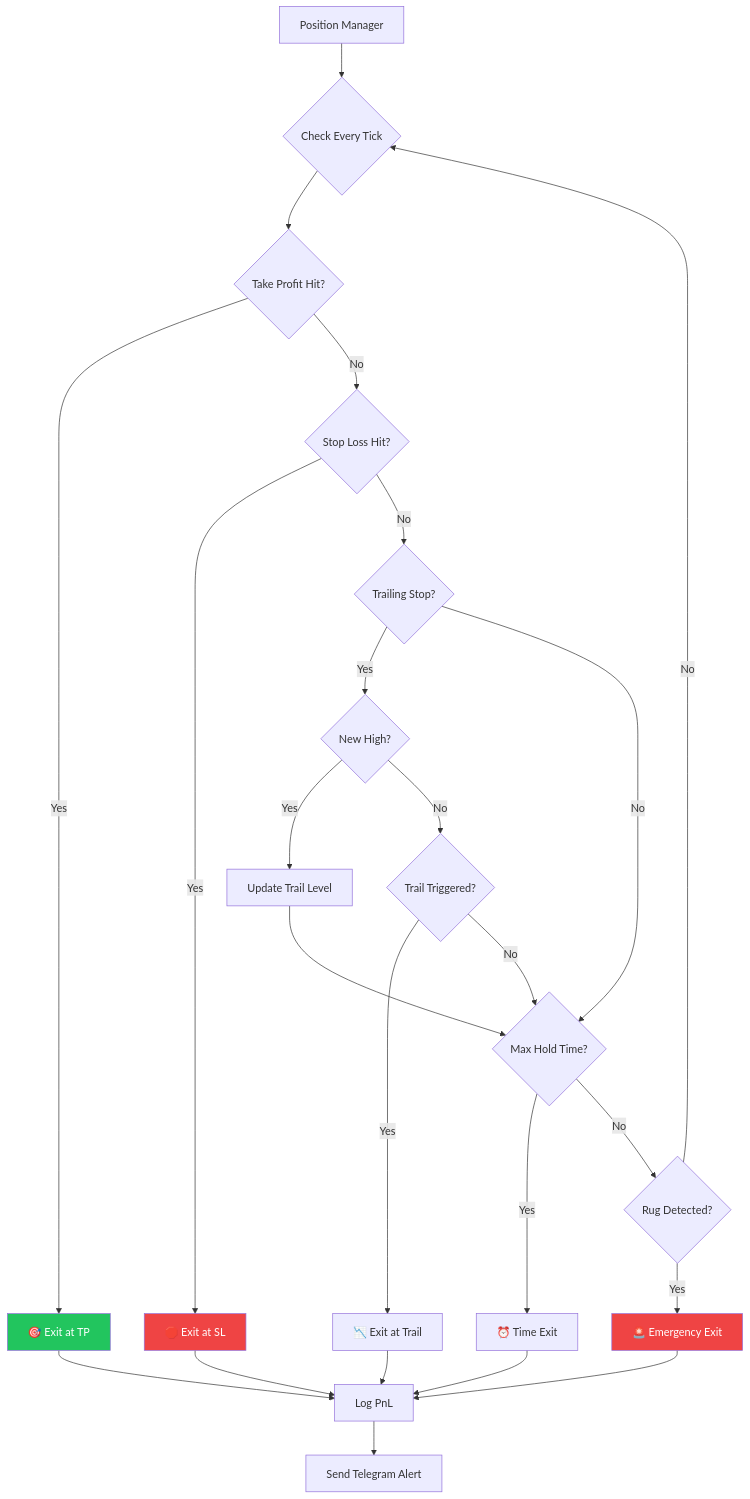
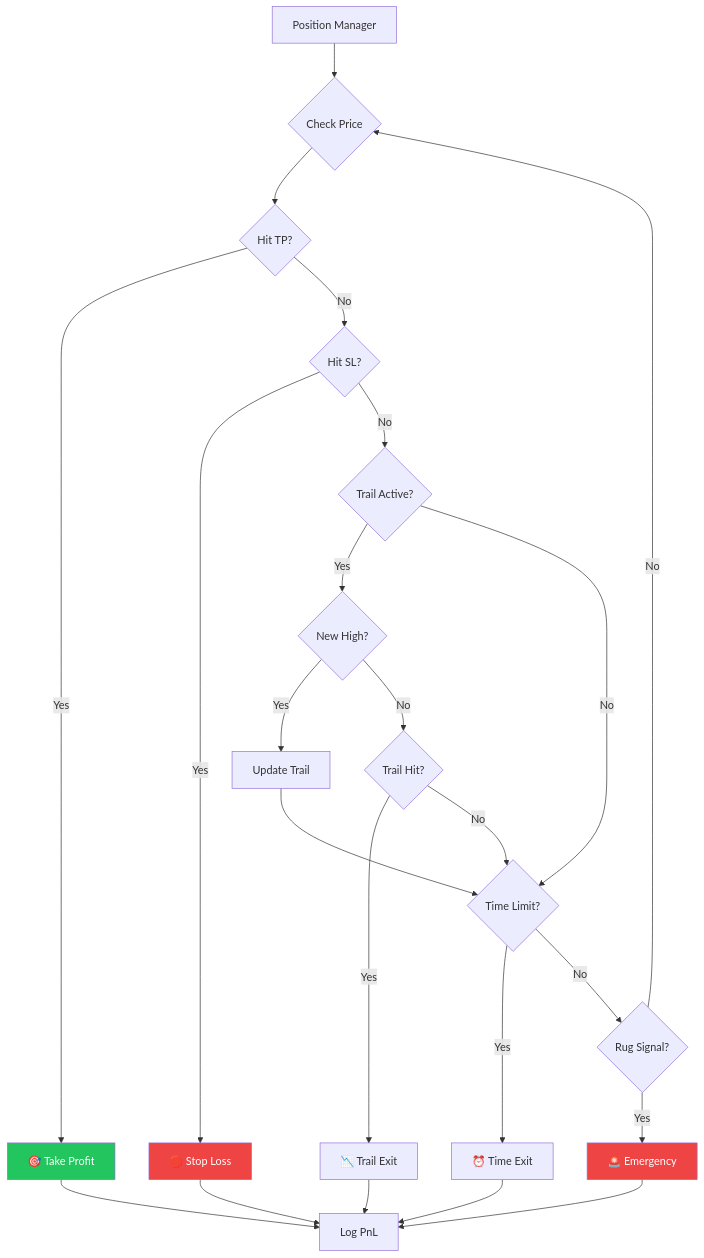
Diagram 12 of 15 in README.md (blablablasealsaresoft/pumpfun-intelligence), drawn with Mermaid before and after one commit. The commit also changed other lines of this file, not shown here.

````diff
--- a/README.md
+++ b/README.md
@@ -756,38 +589,36 @@
 ```mermaid
 flowchart TD
-    A[Position Manager] --> B{Check Every Tick}
+    A[Position Manager] --> B{Check Price}
     
-    B --> C{Take Profit Hit?}
-    C -->|Yes| D[🎯 Exit at TP]
+    B --> C{Hit TP?}
+    C -->|Yes| D[🎯 Take Profit]
     
-    C -->|No| E{Stop Loss Hit?}
-    E -->|Yes| F[🛑 Exit at SL]
+    C -->|No| E{Hit SL?}
+    E -->|Yes| F[🛑 Stop Loss]
     
-    E -->|No| G{Trailing Stop?}
+    E -->|No| G{Trail Active?}
     G -->|Yes| H{New High?}
-    H -->|Yes| I[Update Trail Level]
-    H -->|No| J{Trail Triggered?}
-    J -->|Yes| K[📉 Exit at Trail]
+    H -->|Yes| I[Update Trail]
+    H -->|No| J{Trail Hit?}
+    J -->|Yes| K[📉 Trail Exit]
     
-    G -->|No| L{Max Hold Time?}
+    G -->|No| L{Time Limit?}
     J -->|No| L
     I --> L
     
     L -->|Yes| M[⏰ Time Exit]
-    L -->|No| N{Rug Detected?}
+    L -->|No| N{Rug Signal?}
     
-    N -->|Yes| O[🚨 Emergency Exit]
+    N -->|Yes| O[🚨 Emergency]
     N -->|No| B
 
     D --> P[Log PnL]
     F --> P
     K --> P
     M --> P
     O --> P
-    
-    P --> Q[Send Telegram Alert]
 
     style D fill:#22c55e,color:#fff
     style F fill:#ef4444,color:#fff
     style O fill:#ef4444,color:#fff
 ```
````
